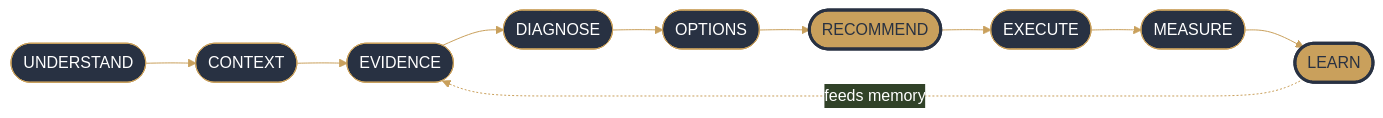
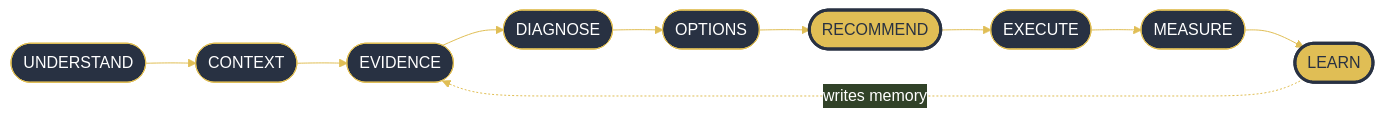
The second of 3 diagrams in README.md (SpeakPower-commits/claude-central-agent), drawn with Mermaid before and after one commit. The commit also changed other lines of this file and 1 other file, not shown here.

````diff
--- a/README.md
+++ b/README.md
@@ -137,18 +123,18 @@
 ```mermaid
-%%{init: {'theme':'base','themeVariables':{'primaryColor':'#283142','primaryTextColor':'#ffffff','primaryBorderColor':'#C9A05C','lineColor':'#C9A05C','fontFamily':'ui-sans-serif, system-ui, sans-serif'}}}%%
+%%{init: {'theme':'base','themeVariables':{'primaryColor':'#283142','primaryTextColor':'#ffffff','primaryBorderColor':'#E0BE55','lineColor':'#E0BE55','fontFamily':'ui-sans-serif, system-ui, sans-serif'}}}%%
 flowchart LR
     U(["UNDERSTAND"]) --> C(["CONTEXT"]) --> E(["EVIDENCE"]) --> D(["DIAGNOSE"])
     D --> O(["OPTIONS"]) --> R(["RECOMMEND"]) --> X(["EXECUTE"])
     X --> M(["MEASURE"]) --> L(["LEARN"])
-    L -.->|"feeds memory"| E
+    L -.->|"writes memory"| E
 
-    style U fill:#283142,color:#fff,stroke:#C9A05C
-    style C fill:#283142,color:#fff,stroke:#C9A05C
-    style E fill:#283142,color:#fff,stroke:#C9A05C
-    style D fill:#283142,color:#fff,stroke:#C9A05C
-    style O fill:#283142,color:#fff,stroke:#C9A05C
-    style R fill:#C9A05C,color:#283142,stroke:#283142,stroke-width:3px
-    style X fill:#283142,color:#fff,stroke:#C9A05C
-    style M fill:#283142,color:#fff,stroke:#C9A05C
-    style L fill:#C9A05C,color:#283142,stroke:#283142,stroke-width:3px
+    style U fill:#283142,color:#fff,stroke:#E0BE55
+    style C fill:#283142,color:#fff,stroke:#E0BE55
+    style E fill:#283142,color:#fff,stroke:#E0BE55
+    style D fill:#283142,color:#fff,stroke:#E0BE55
+    style O fill:#283142,color:#fff,stroke:#E0BE55
+    style R fill:#E0BE55,color:#283142,stroke:#283142,stroke-width:3px
+    style X fill:#283142,color:#fff,stroke:#E0BE55
+    style M fill:#283142,color:#fff,stroke:#E0BE55
+    style L fill:#E0BE55,color:#283142,stroke:#283142,stroke-width:3px
 ```
````
